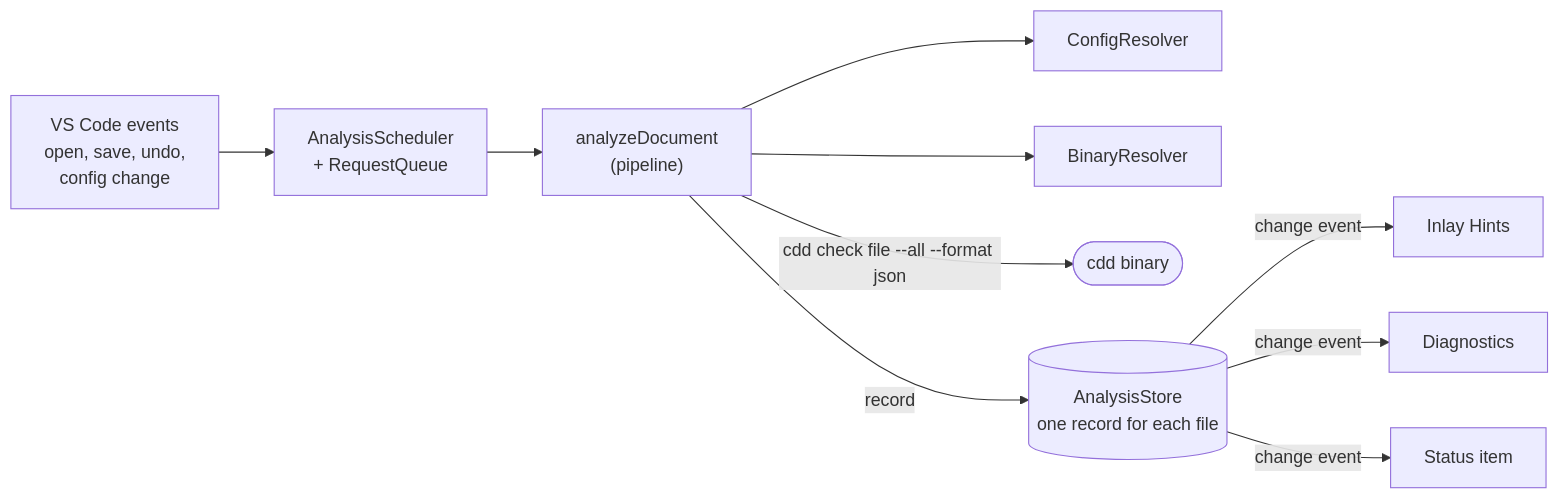
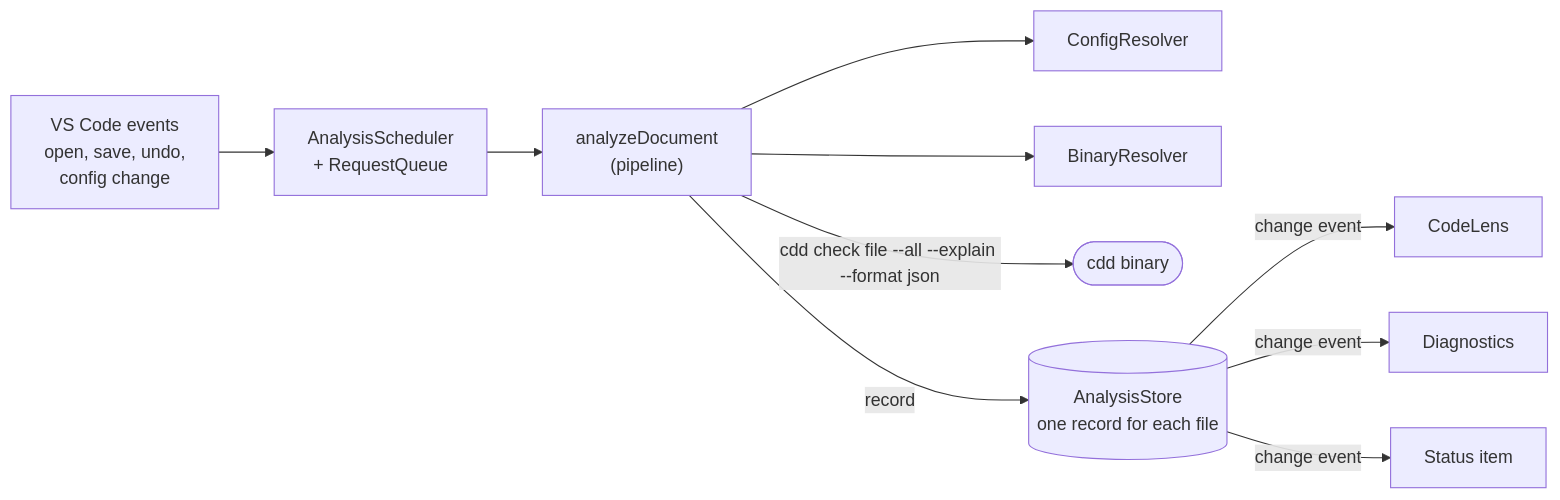
Before and after one commit to jonasalessi/cdd-lint-vs-code: the diagram in CONTRIBUTING.md, drawn with Mermaid. The commit also changed other lines of this file and 41 other files, not shown here.

````diff
--- a/CONTRIBUTING.md
+++ b/CONTRIBUTING.md
@@ -18,22 +18,22 @@
 ```mermaid
 flowchart LR
     events["VS Code events<br/>open, save, undo,<br/>config change"]
     scheduler["AnalysisScheduler<br/>+ RequestQueue"]
     pipeline["analyzeDocument<br/>(pipeline)"]
     config["ConfigResolver"]
     binary["BinaryResolver"]
     cdd(["cdd binary"])
     store[("AnalysisStore<br/>one record for each file")]
-    hints["Inlay Hints"]
+    lenses["CodeLens"]
     diagnostics["Diagnostics"]
     status["Status item"]
 
     events --> scheduler --> pipeline
     pipeline --> config
     pipeline --> binary
-    pipeline -->|"cdd check file --all --format json"| cdd
+    pipeline -->|"cdd check file --all --explain --format json"| cdd
     pipeline -->|record| store
-    store -->|change event| hints
+    store -->|change event| lenses
     store -->|change event| diagnostics
     store -->|change event| status
 ```
````
